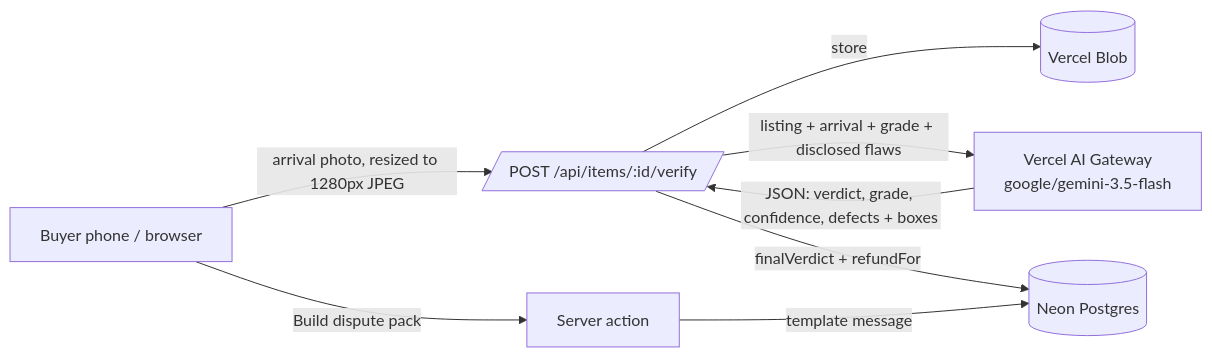
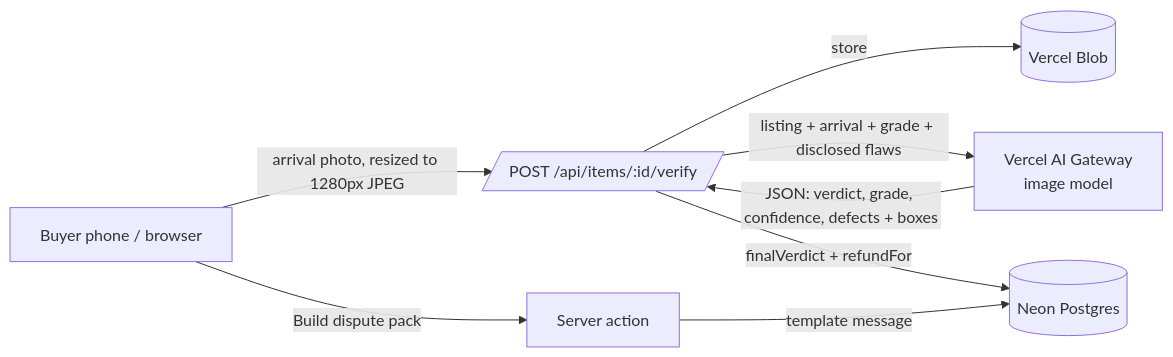
Before and after one commit to CashpointSoulja/second-look: the diagram in docs/rfc.md, drawn with Mermaid. The commit also changed other lines of this file and 10 other files, not shown here.

First line of the commit message:
Update legging arrival photo, stain box and image model wording

````diff
--- a/docs/rfc.md
+++ b/docs/rfc.md
@@ -11,10 +11,10 @@
 ```mermaid
 flowchart LR
   B[Buyer phone / browser] -->|arrival photo, resized to 1280px JPEG| API[/POST /api/items/:id/verify/]
   API -->|store| BLOB[(Vercel Blob)]
-  API -->|listing + arrival + grade + disclosed flaws| GW[Vercel AI Gateway<br/>google/gemini-3.5-flash]
+  API -->|listing + arrival + grade + disclosed flaws| GW[Vercel AI Gateway<br/>image model]
   GW -->|JSON: verdict, grade, confidence, defects + boxes| API
   API -->|finalVerdict + refundFor| DB[(Neon Postgres)]
   B -->|Build dispute pack| SA[Server action]
   SA -->|template message| DB
 ```
````
